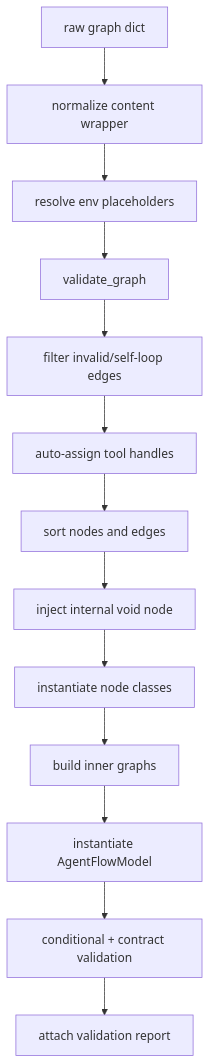
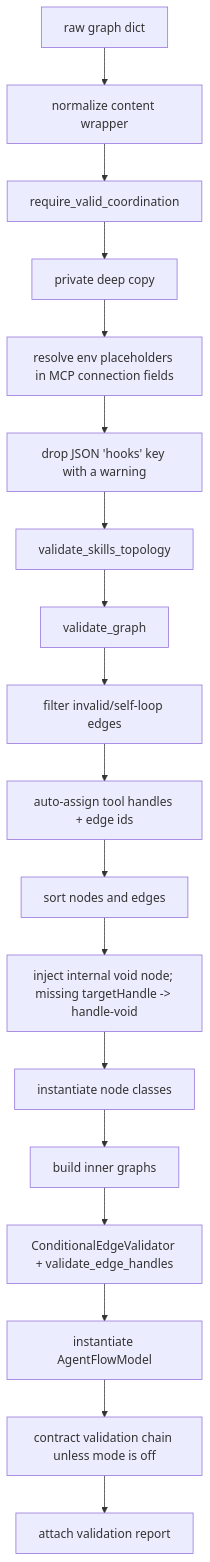
Before and after one commit to Andres77872/magic-agents: the diagram in docs/wiki/ARCHITECTURE.md, drawn with Mermaid. The commit also changed other lines of this file and 384 other files, not shown here.

````diff
--- a/docs/wiki/ARCHITECTURE.md
+++ b/docs/wiki/ARCHITECTURE.md
@@ -20,15 +20,20 @@
 ```mermaid
 flowchart TD
   A[raw graph dict] --> B[normalize content wrapper]
-  B --> C[resolve env placeholders]
-  C --> D[validate_graph]
-  D --> E[filter invalid/self-loop edges]
-  E --> F[auto-assign tool handles]
-  F --> G[sort nodes and edges]
-  G --> H[inject internal void node]
-  H --> I[instantiate node classes]
-  I --> J[build inner graphs]
-  J --> K[instantiate AgentFlowModel]
-  K --> L[conditional + contract validation]
-  L --> M[attach validation report]
+  B --> C[require_valid_coordination]
+  C --> D[private deep copy]
+  D --> E[resolve env placeholders in MCP connection fields]
+  E --> F[drop JSON 'hooks' key with a warning]
+  F --> G[validate_skills_topology]
+  G --> H[validate_graph]
+  H --> I[filter invalid/self-loop edges]
+  I --> J[auto-assign tool handles + edge ids]
+  J --> K[sort nodes and edges]
+  K --> L[inject internal void node; missing targetHandle -> handle-void]
+  L --> M[instantiate node classes]
+  M --> N[build inner graphs]
+  N --> O[ConditionalEdgeValidator + validate_edge_handles]
+  O --> P[instantiate AgentFlowModel]
+  P --> Q[contract validation chain unless mode is off]
+  Q --> R[attach validation report]
 ```
````
